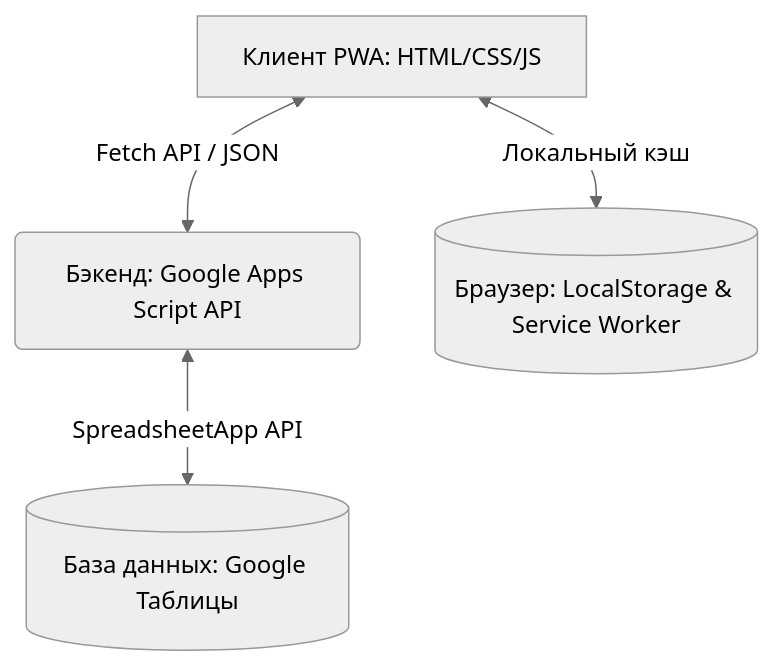
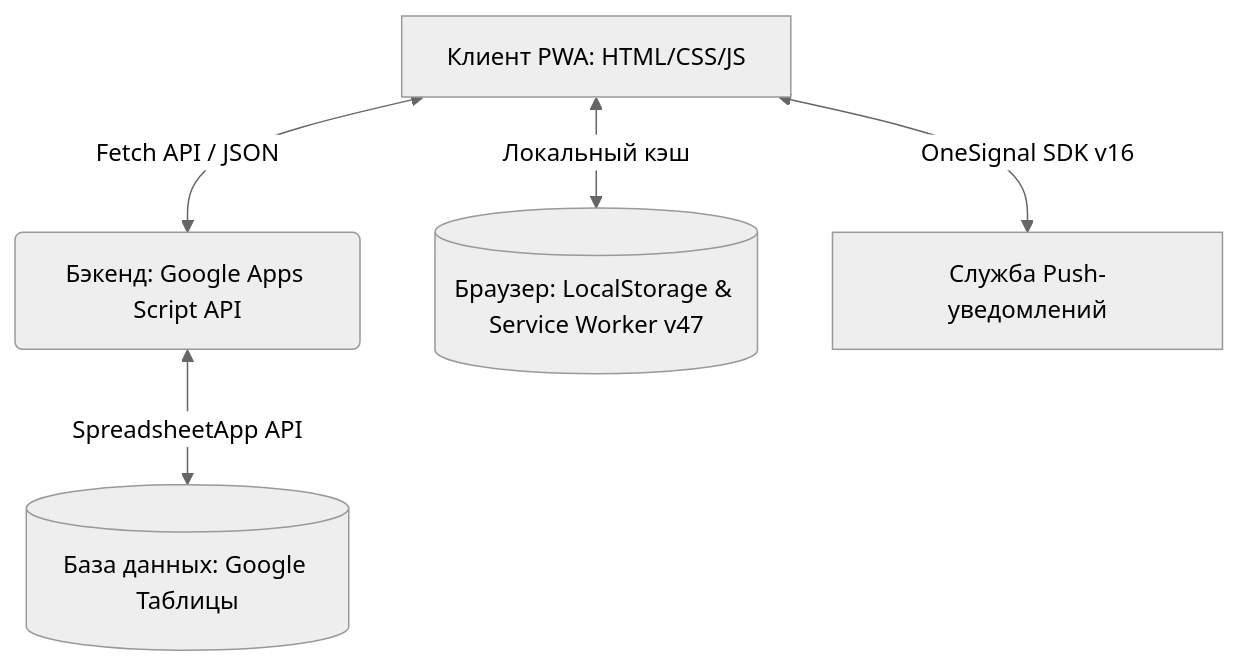
One commit to merkelvit-sys/booking-Add changed the third of 3 diagrams in README.md. Above: the diagram before and after it, drawn with Mermaid (neutral theme). The commit also changed other lines of this file, not shown here.

First line of the commit message:
Enhance README with OneSignal and architecture updates

````diff
--- a/README.md
+++ b/README.md
@@ -131,6 +134,7 @@
 ```mermaid
 graph TD
     A[Клиент PWA: HTML/CSS/JS] <-->|Fetch API / JSON| B(Бэкенд: Google Apps Script API)
     B <-->|SpreadsheetApp API| C[(База данных: Google Таблицы)]
-    A <-->|Локальный кэш| D[(Браузер: LocalStorage & Service Worker)]
+    A <-->|Локальный кэш| D[(Браузер: LocalStorage & Service Worker v47)]
+    A <-->|OneSignal SDK v16| E[Служба Push-уведомлений]
 ```
````
